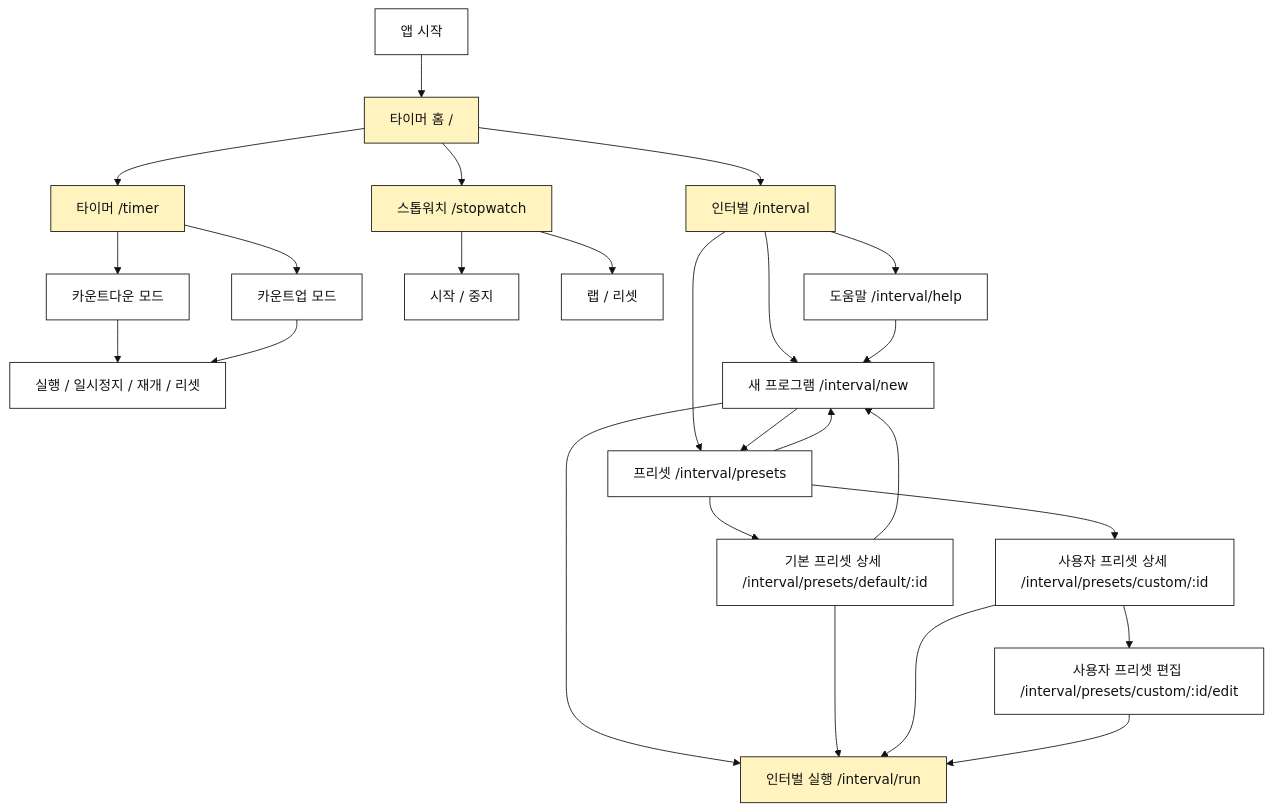
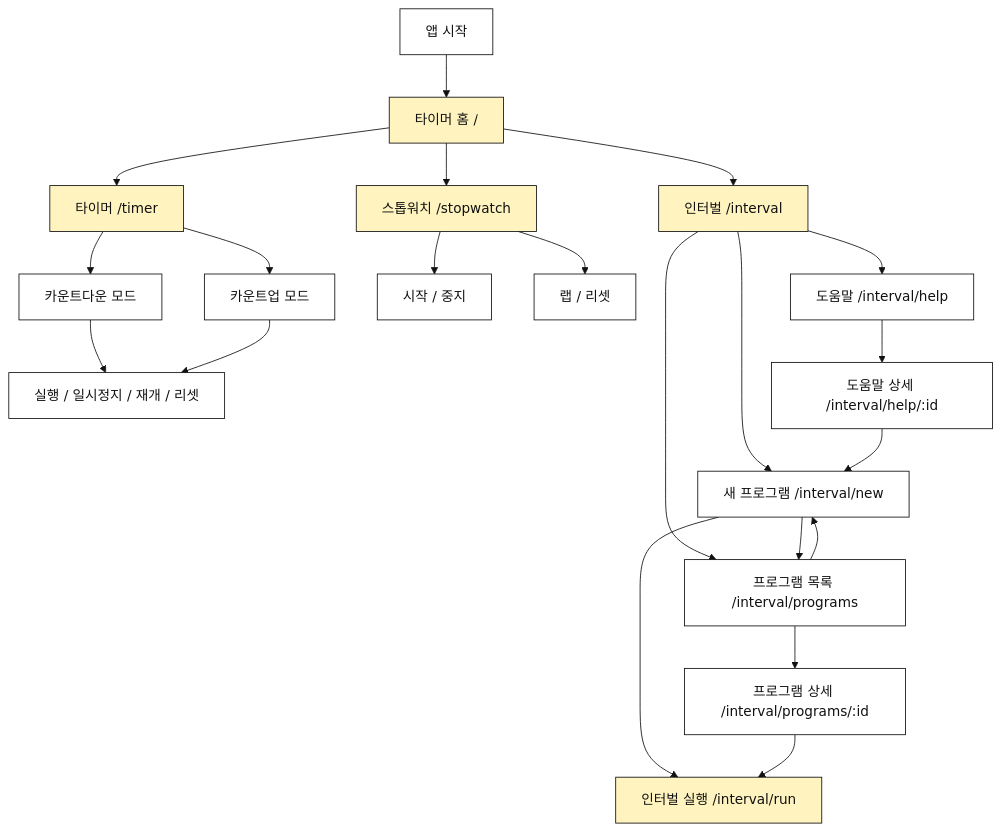
Before and after one commit to KalGookSoo/tempo: the diagram in docs/navigation-structure.md, drawn with Mermaid. The commit also changed other lines of this file and 18 other files, not shown here.

````diff
--- a/docs/navigation-structure.md
+++ b/docs/navigation-structure.md
@@ -26,38 +26,34 @@
 ```mermaid
 %%{init: {"theme": "base", "themeVariables": {"background": "transparent", "primaryColor": "#FFFFFF", "primaryTextColor": "#111111", "primaryBorderColor": "#111111", "lineColor": "#111111", "tertiaryColor": "#F7F7F2"}}}%%
 flowchart TD
     A["앱 시작"] --> B["타이머 홈 /"]
     B --> T["타이머 /timer"]
     B --> S["스톱워치 /stopwatch"]
     B --> I["인터벌 /interval"]
 
     T --> T1["카운트다운 모드"]
     T --> T2["카운트업 모드"]
     T1 --> T3["실행 / 일시정지 / 재개 / 리셋"]
     T2 --> T3
 
     S --> S1["시작 / 중지"]
     S --> S2["랩 / 리셋"]
 
     I --> N["새 프로그램 /interval/new"]
-    I --> P["프리셋 /interval/presets"]
+    I --> P["프로그램 목록 /interval/programs"]
     I --> H["도움말 /interval/help"]
+    H --> H1["도움말 상세 /interval/help/:id"]
 
     N --> R["인터벌 실행 /interval/run"]
     N --> P
-    P --> P1["기본 프리셋 상세 /interval/presets/default/:id"]
-    P --> P2["사용자 프리셋 상세 /interval/presets/custom/:id"]
+    P --> P2["프로그램 상세 /interval/programs/:id"]
     P --> N
-    P1 --> R
-    P1 --> N
     P2 --> R
-    P2 --> P3["사용자 프리셋 편집 /interval/presets/custom/:id/edit"]
-    P3 --> R
-    H --> N
+    H1 --> N
 
     classDef primary fill:#FFF4BF,stroke:#111111,color:#111111;
     classDef screen fill:#FFFFFF,stroke:#111111,color:#111111;
     classDef done fill:#DDF8E8,stroke:#111111,color:#111111;
     class B,T,S,I,R primary;
-    class T1,T2,T3,S1,S2,N,P,H,P1,P2,P3 screen;
+    class T1,T2,T3,S1,S2,N,P,H,H1,P2 screen;
 ```
````
